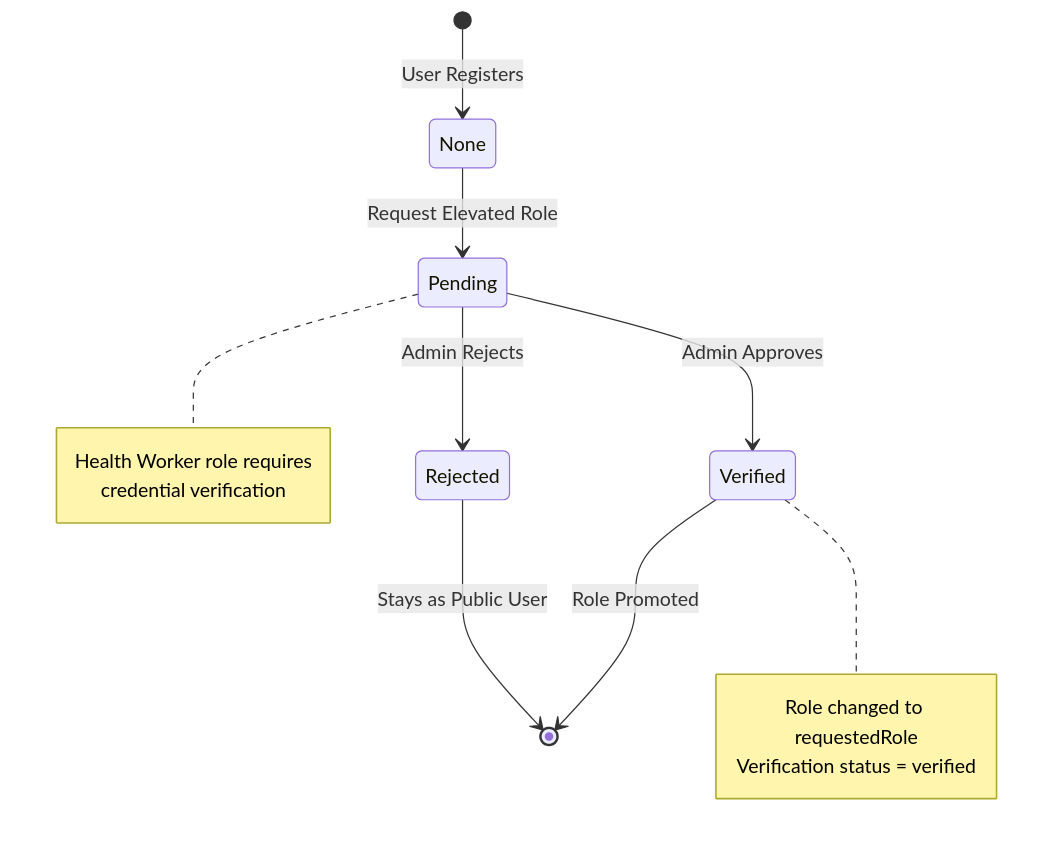
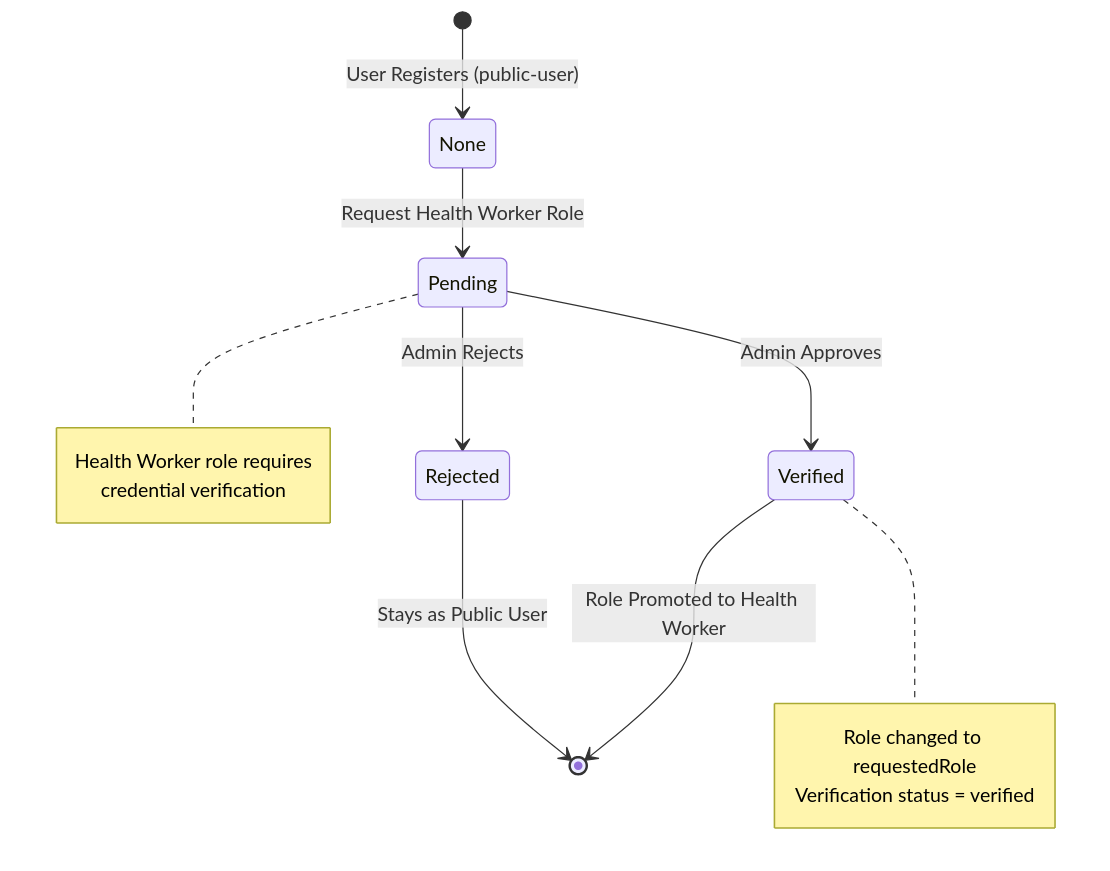
Before and after one commit to ArrinPaul/HealthNex: diagram 11 of 14 in README.md, drawn with Mermaid. The commit also changed other lines of this file, not shown here.

First line of the commit message:
docs(readme): fix stale RBAC docs on public-user verification

````diff
--- a/README.md
+++ b/README.md
@@ -550,19 +552,19 @@
 ```mermaid
 stateDiagram-v2
-    [*] --> None: User Registers
-    None --> Pending: Request Elevated Role
+    [*] --> None: User Registers (public-user)
+    None --> Pending: Request Health Worker Role
     Pending --> Verified: Admin Approves
     Pending --> Rejected: Admin Rejects
-    Verified --> [*]: Role Promoted
+    Verified --> [*]: Role Promoted to Health Worker
     Rejected --> [*]: Stays as Public User
 
     note right of Pending
         Health Worker role requires
         credential verification
     end note
 
     note right of Verified
         Role changed to requestedRole
         Verification status = verified
     end note
 ```
````
